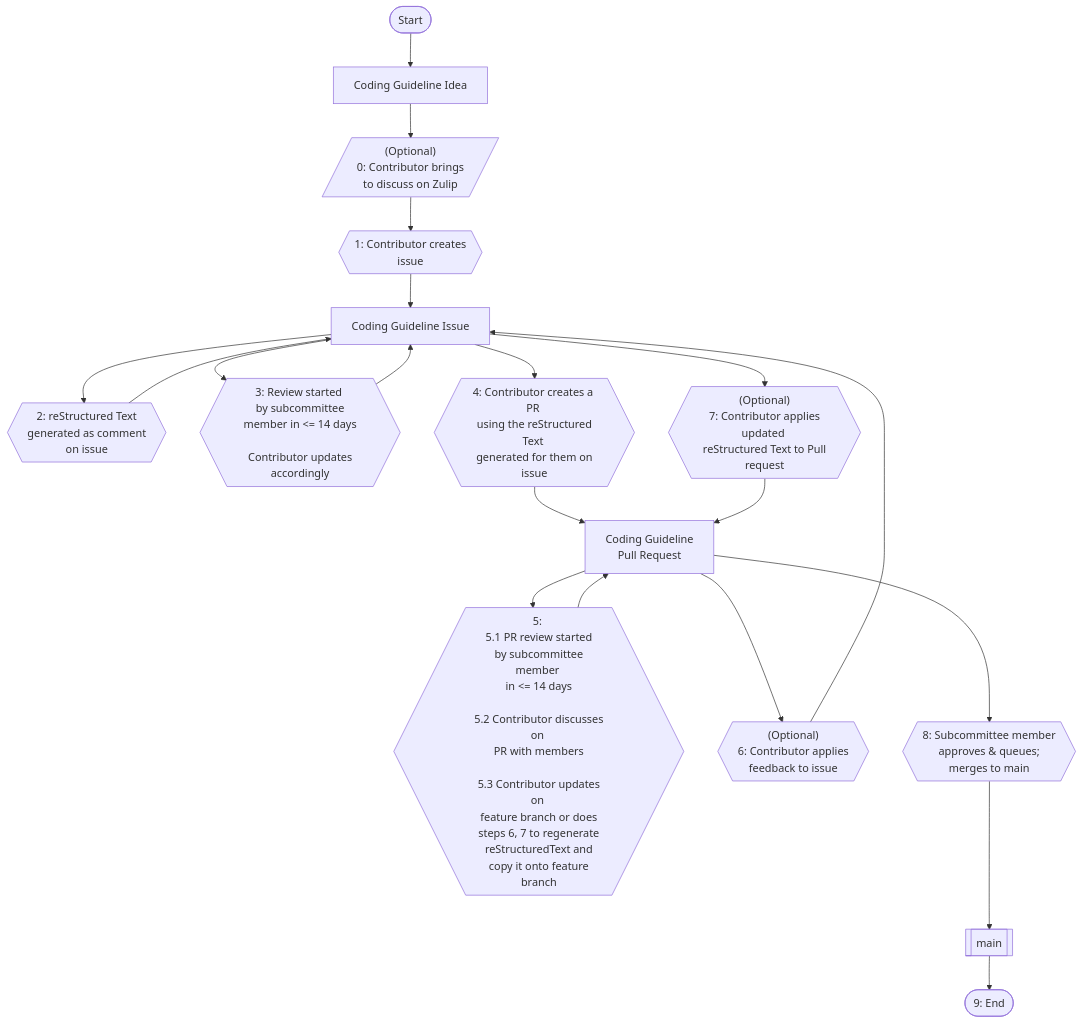
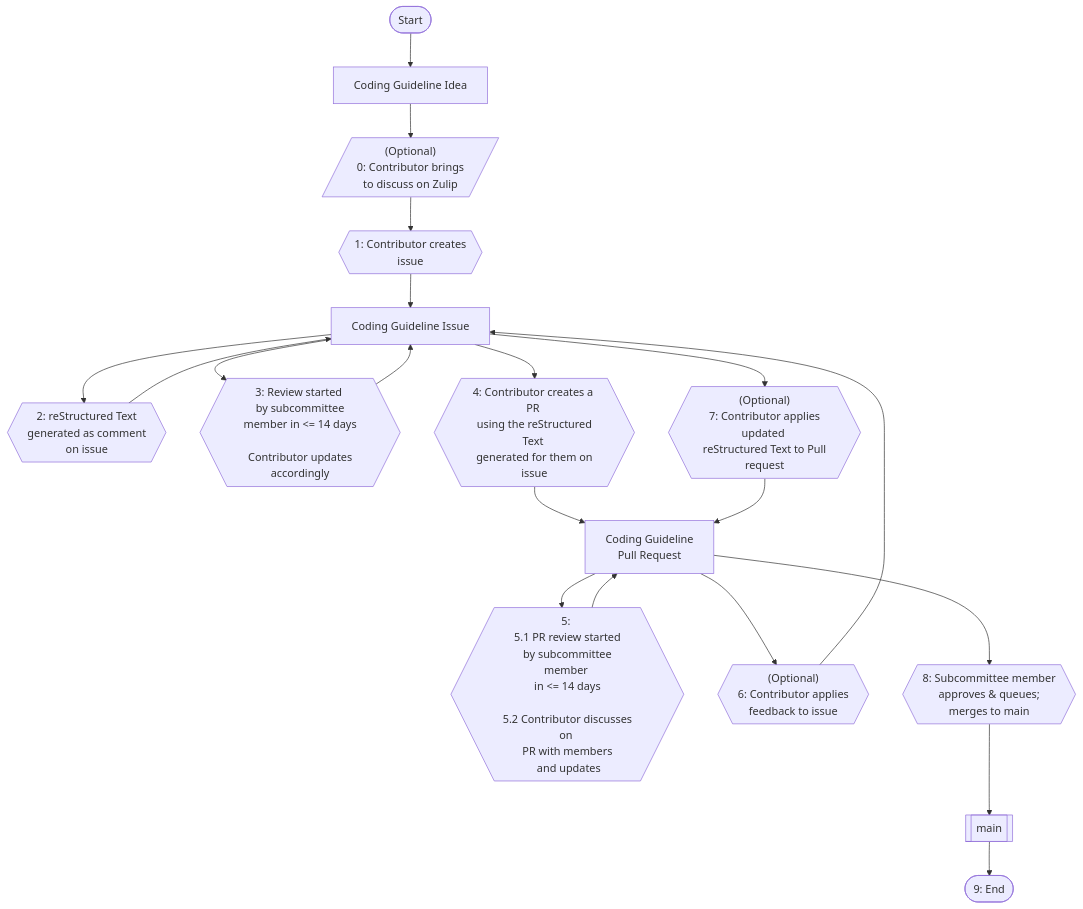
Before and after one commit to rustfoundation/safety-critical-rust-coding-guidelines: the diagram in CONTRIBUTING.md, drawn with Mermaid.

Commit message:
fix: make step 5 shorter to fit inside

````diff
--- a/CONTRIBUTING.md
+++ b/CONTRIBUTING.md
@@ -32,23 +32,23 @@
 ```mermaid
 flowchart TD
   Start(["Start"]) --> Idea["Coding Guideline Idea"]
   Idea --> Zulip[/"(Optional)<br>0: Contributor brings <br> to discuss on Zulip"/]
   Zulip --> CreateIssue{{"1: Contributor creates <br> issue"}}
   CreateIssue --> Issue["Coding Guideline Issue"]
 
   S2{{"2: reStructured Text <br> generated as comment <br> on issue"}} --> Issue
   Issue --> S2
 
   S3{{"3: Review started <br> by subcommittee <br> member in <= 14 days <br><br> Contributor updates accordingly"}} --> Issue
   Issue --> S3
 
   Issue --> S4{{"4: Contributor creates a PR <br> using the reStructured Text <br> generated for them on issue"}} --> PR["Coding Guideline<br>Pull Request"]
 
-  S5{{"5: <br> 5.1 PR review started <br> by subcommittee member <br> in <= 14 days <br><br> 5.2 Contributor discusses on <br> PR with members <br><br> 5.3 Contributor updates on <br> feature branch or does <br> steps 6, 7 to regenerate <br> reStructuredText and <br> copy it onto feature branch"}} --> PR
+  S5{{"5: <br> 5.1 PR review started <br> by subcommittee member <br> in <= 14 days <br><br> 5.2 Contributor discusses on <br> PR with members <br> and updates"}} --> PR
   PR --> S5
 
   PR --> S6{{"(Optional) <br> 6: Contributor applies <br> feedback to issue"}} --> Issue
   Issue --> S7{{"(Optional)<br> 7: Contributor applies updated <br> reStructured Text to Pull request"}} --> PR
   PR --> S8{{"8: Subcommittee member <br> approves & queues;<br>merges to main"}} --> Main[[main]]
   Main --> End(["9: End"])
 ```
````
